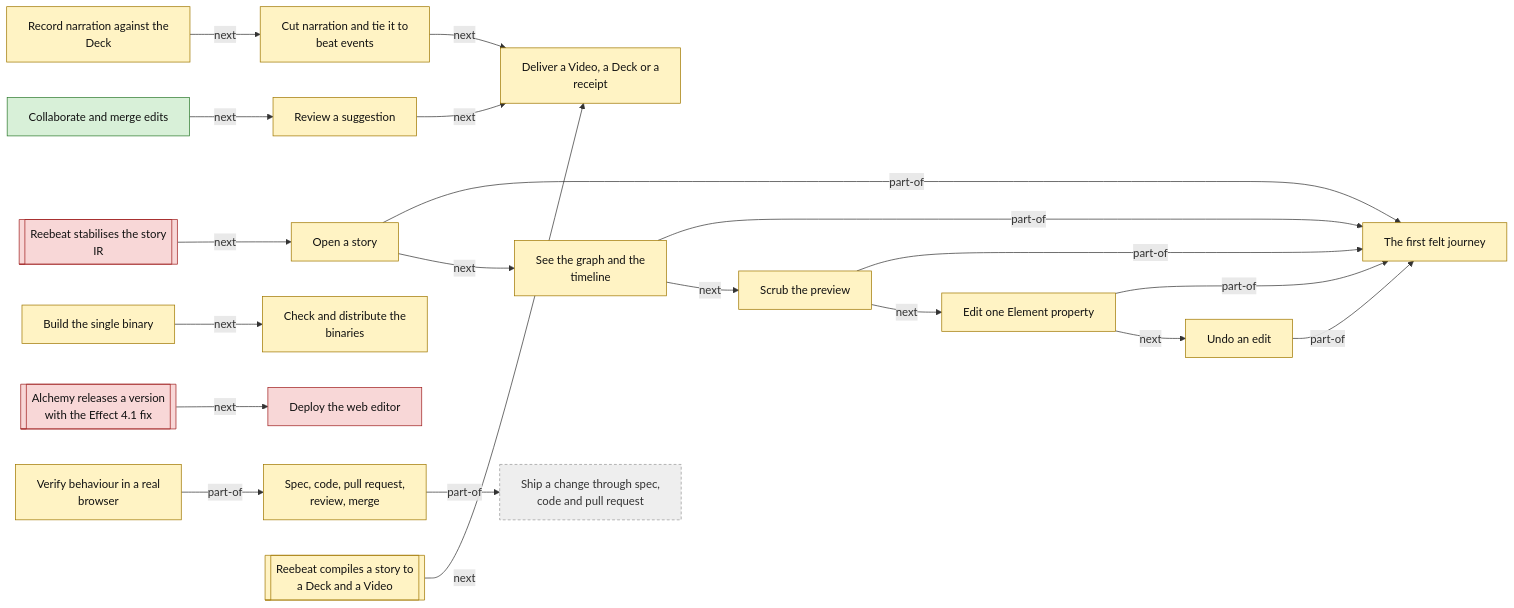
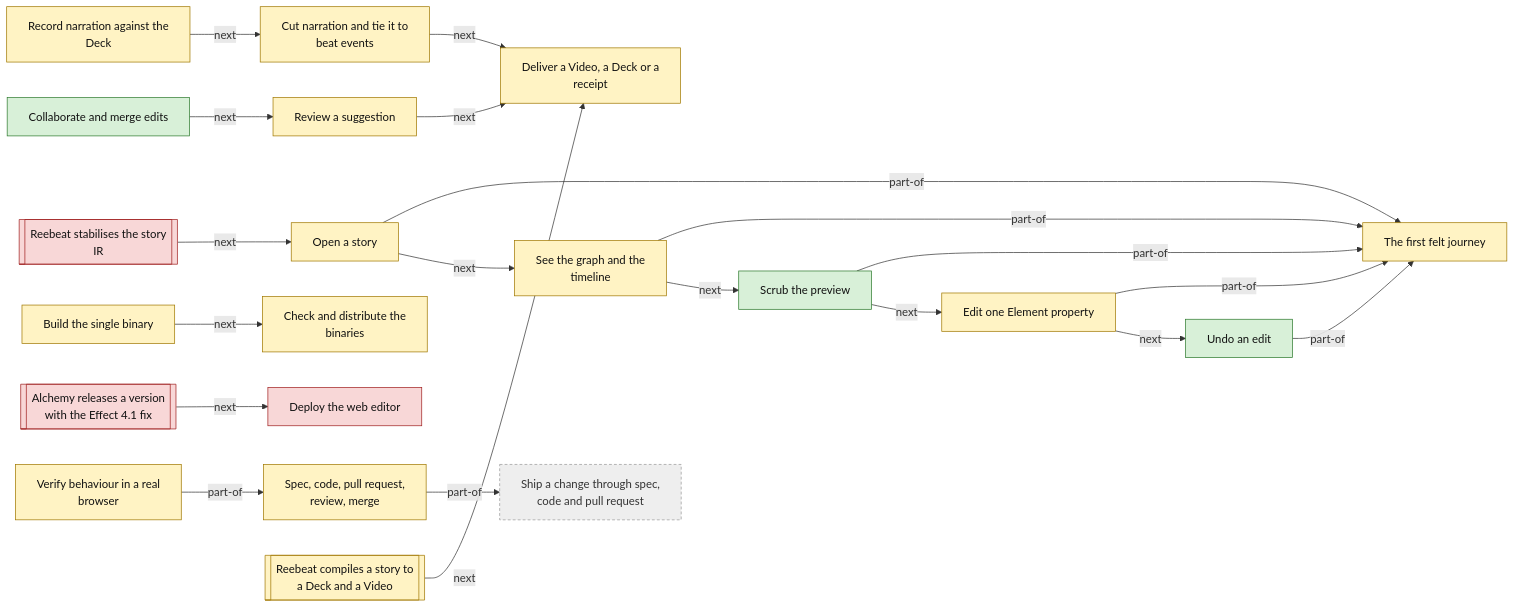
Before and after one commit to reebeat/.github: the second of 2 diagrams in docs/products/studio.md, drawn with Mermaid. The commit also changed other lines of this file and 59 other files, not shown here.

````diff
--- a/docs/products/studio.md
+++ b/docs/products/studio.md
@@ -232,46 +232,46 @@
 ```mermaid
 flowchart LR
     classDef decided fill:#d8f0d8,stroke:#2d7a2d,color:#111
     classDef proposed fill:#fff3c4,stroke:#a07800,color:#111
     classDef open fill:#f8d7d7,stroke:#a02020,color:#111
     classDef outside fill:#eee,stroke:#999,color:#333,stroke-dasharray:4 3
     process_studio_first_journey["The first felt journey"]:::proposed
     process_studio_open_story["Open a story"]:::proposed
     process_studio_inspect_story["See the graph and the<br/>timeline"]:::proposed
-    process_studio_scrub_preview["Scrub the preview"]:::proposed
+    process_studio_scrub_preview["Scrub the preview"]:::decided
     process_studio_edit_property["Edit one Element property"]:::proposed
-    process_studio_undo_edit["Undo an edit"]:::proposed
+    process_studio_undo_edit["Undo an edit"]:::decided
     process_studio_record_narration["Record narration against the<br/>Deck"]:::proposed
     process_studio_cut_narration["Cut narration and tie it to<br/>beat events"]:::proposed
     process_studio_collaborate_merge["Collaborate and merge edits"]:::decided
     process_studio_review_suggestion["Review a suggestion"]:::proposed
     process_studio_deliver["Deliver a Video, a Deck or a<br/>receipt"]:::proposed
     process_studio_build_binary["Build the single binary"]:::proposed
     process_studio_distribute_binary["Check and distribute the<br/>binaries"]:::proposed
     process_studio_deploy_web["Deploy the web editor"]:::open
     process_studio_pr_review_loop["Spec, code, pull request,<br/>review, merge"]:::proposed
     process_studio_verify_journey["Verify behaviour in a real<br/>browser"]:::proposed
     extproc_studio_reebeat_ir_stable[["Reebeat stabilises the story<br/>IR"]]:::open
     extproc_studio_reebeat_compile[["Reebeat compiles a story to<br/>a Deck and a Video"]]:::proposed
     extproc_studio_alchemy_release[["Alchemy releases a version<br/>with the Effect 4.1 fix"]]:::open
     process_org_ship_change["Ship a change through spec,<br/>code and pull request"]:::outside
     process_studio_open_story -->|part-of| process_studio_first_journey
     process_studio_open_story -->|next| process_studio_inspect_story
     process_studio_inspect_story -->|part-of| process_studio_first_journey
     process_studio_inspect_story -->|next| process_studio_scrub_preview
     process_studio_scrub_preview -->|part-of| process_studio_first_journey
     process_studio_scrub_preview -->|next| process_studio_edit_property
     process_studio_edit_property -->|part-of| process_studio_first_journey
     process_studio_edit_property -->|next| process_studio_undo_edit
     process_studio_undo_edit -->|part-of| process_studio_first_journey
     process_studio_record_narration -->|next| process_studio_cut_narration
     process_studio_cut_narration -->|next| process_studio_deliver
     process_studio_collaborate_merge -->|next| process_studio_review_suggestion
     process_studio_review_suggestion -->|next| process_studio_deliver
     process_studio_build_binary -->|next| process_studio_distribute_binary
     process_studio_pr_review_loop -->|part-of| process_org_ship_change
     process_studio_verify_journey -->|part-of| process_studio_pr_review_loop
     extproc_studio_reebeat_ir_stable -->|next| process_studio_open_story
     extproc_studio_reebeat_compile -->|next| process_studio_deliver
     extproc_studio_alchemy_release -->|next| process_studio_deploy_web
 ```
````
